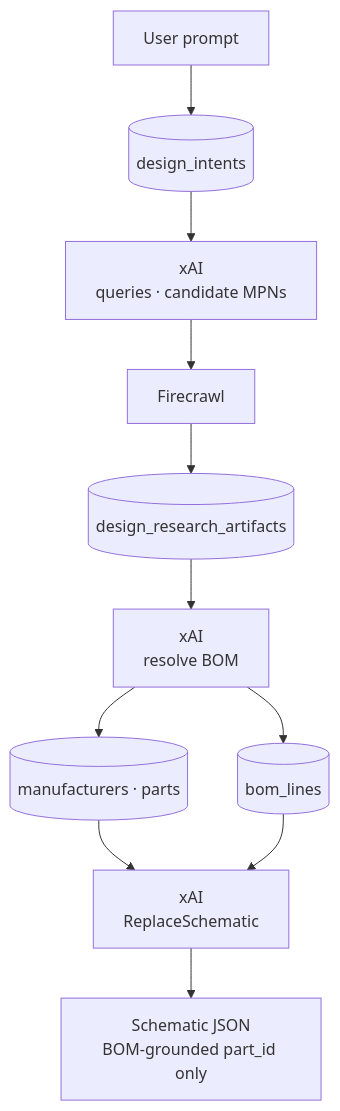
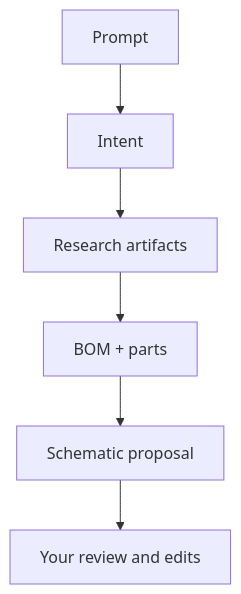
Before and after one commit to Afnanksalal/tokito: the second of 2 diagrams in docs/ARCHITECTURE.md, drawn with Mermaid. The commit also changed other lines of this file and 19 other files, not shown here.

````diff
--- a/docs/ARCHITECTURE.md
+++ b/docs/ARCHITECTURE.md
@@ -60,13 +45,8 @@
 ```mermaid
 flowchart TD
-  P[User prompt] --> I[(design_intents)]
-  I --> X1[xAI<br/>queries · candidate MPNs]
-  X1 --> FC[Firecrawl]
-  FC --> RA[(design_research_artifacts)]
-  RA --> X2[xAI<br/>resolve BOM]
-  X2 --> C[(manufacturers · parts)]
-  X2 --> B[(bom_lines)]
-  C --> X3[xAI<br/>ReplaceSchematic]
-  B --> X3
-  X3 --> R[Schematic JSON<br/>BOM-grounded part_id only]
+  P[Prompt] --> I[Intent]
+  I --> R[Research artifacts]
+  R --> B[BOM + parts]
+  B --> S[Schematic proposal]
+  S --> Y[Your review and edits]
 ```
````
